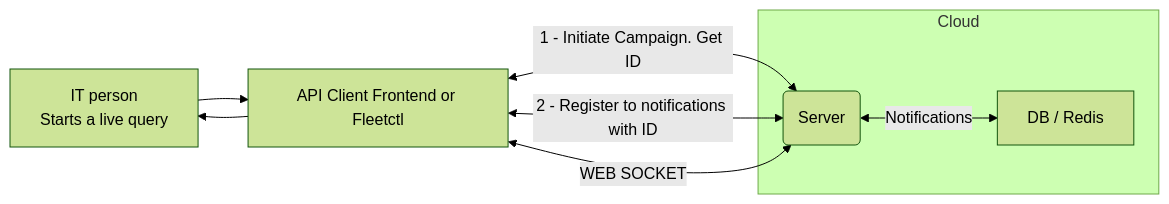
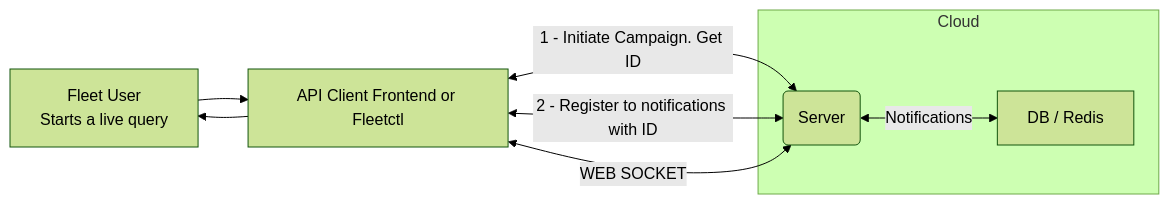
One commit to fleetdm/fleet changed the second of 7 diagrams in docs/Contributing/high-level-architecture.md. Above: the diagram before and after it, drawn with Mermaid (forest theme). The commit also changed other lines of this file, not shown here.

````diff
--- a/docs/Contributing/high-level-architecture.md
+++ b/docs/Contributing/high-level-architecture.md
@@ -72,19 +72,19 @@
 ```mermaid
 graph LR;
-    it_person[IT person<br>Starts a live query];
+    it_person[Fleet User<br>Starts a live query];
     api[API Client Frontend or Fleetctl];
 
     subgraph Cloud
         server(Server);
         dbredis[DB / Redis];
     end
 
     it_person --> api;
     api --> it_person;
 
     api <-- "1 - Initiate Campaign. Get ID" --> server;
     api <-- "2 - Register to notifications with ID" --> server;
     api <-- "WEB SOCKET" --> server;
     server <-- Notifications --> dbredis;
 
 ```
````
